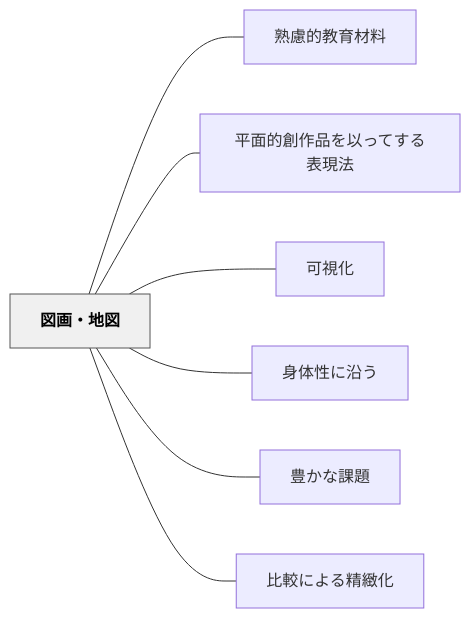
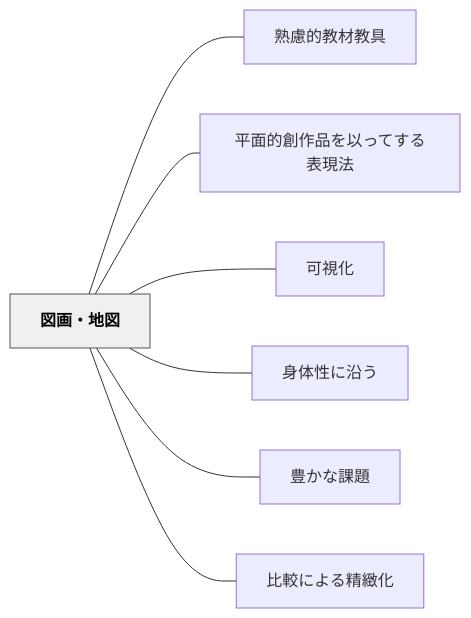
Before and after one commit to unknownthings-ed-patterns/unknownthings-ed-patterns: the diagram in content/パタン/図画・地図.md, drawn with Mermaid. The commit also changed other lines of this file and 72 other files, not shown here.

````diff
--- a/content/パタン/図画・地図.md
+++ b/content/パタン/図画・地図.md
@@ -48,20 +48,20 @@
 ```mermaid
 flowchart LR
     ne59bb3e794bbe383bbe59cb0e59bb3["図画・地図"]
-    ne7869fe685aee79a84e69599e882b2e69d90e69699["熟慮的教育材料"]
+    ne7869fe685aee79a84e69599e69d90e69599e585b7["熟慮的教材教具"]
     ne5b9b3e99da2e79a84e589b5e4bd9ce59381e38292e4bba5e381a3e381a6e38199e3828be8a1a8e78fbee6b395["平面的創作品を以ってする表現法"]
     ne58fafe8a696e58c96["可視化"]
     ne8baabe4bd93e680a7e381abe6b2bfe38186["身体性に沿う"]
     ne8b18ae3818be381aae8aab2e9a18c["豊かな課題"]
     ne6af94e8bc83e381abe38288e3828be7b2bee7b7bbe58c96["比較による精緻化"]
 
-    ne59bb3e794bbe383bbe59cb0e59bb3 --- ne7869fe685aee79a84e69599e882b2e69d90e69699
+    ne59bb3e794bbe383bbe59cb0e59bb3 --- ne7869fe685aee79a84e69599e69d90e69599e585b7
     ne59bb3e794bbe383bbe59cb0e59bb3 --- ne5b9b3e99da2e79a84e589b5e4bd9ce59381e38292e4bba5e381a3e381a6e38199e3828be8a1a8e78fbee6b395
     ne59bb3e794bbe383bbe59cb0e59bb3 --- ne58fafe8a696e58c96
     ne59bb3e794bbe383bbe59cb0e59bb3 --- ne8baabe4bd93e680a7e381abe6b2bfe38186
     ne59bb3e794bbe383bbe59cb0e59bb3 --- ne8b18ae3818be381aae8aab2e9a18c
     ne59bb3e794bbe383bbe59cb0e59bb3 --- ne6af94e8bc83e381abe38288e3828be7b2bee7b7bbe58c96
 
     classDef hub fill:#f0f0f0,stroke:#555,color:#000,font-weight:bold
     class ne59bb3e794bbe383bbe59cb0e59bb3 hub
 ```
````
